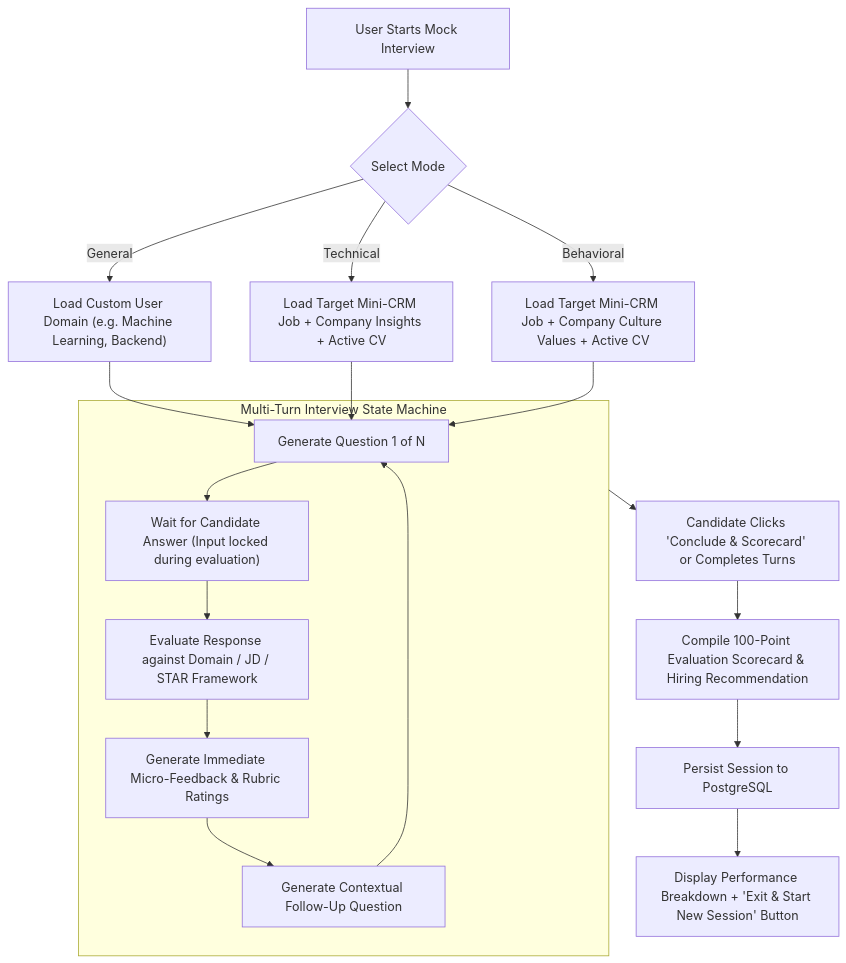
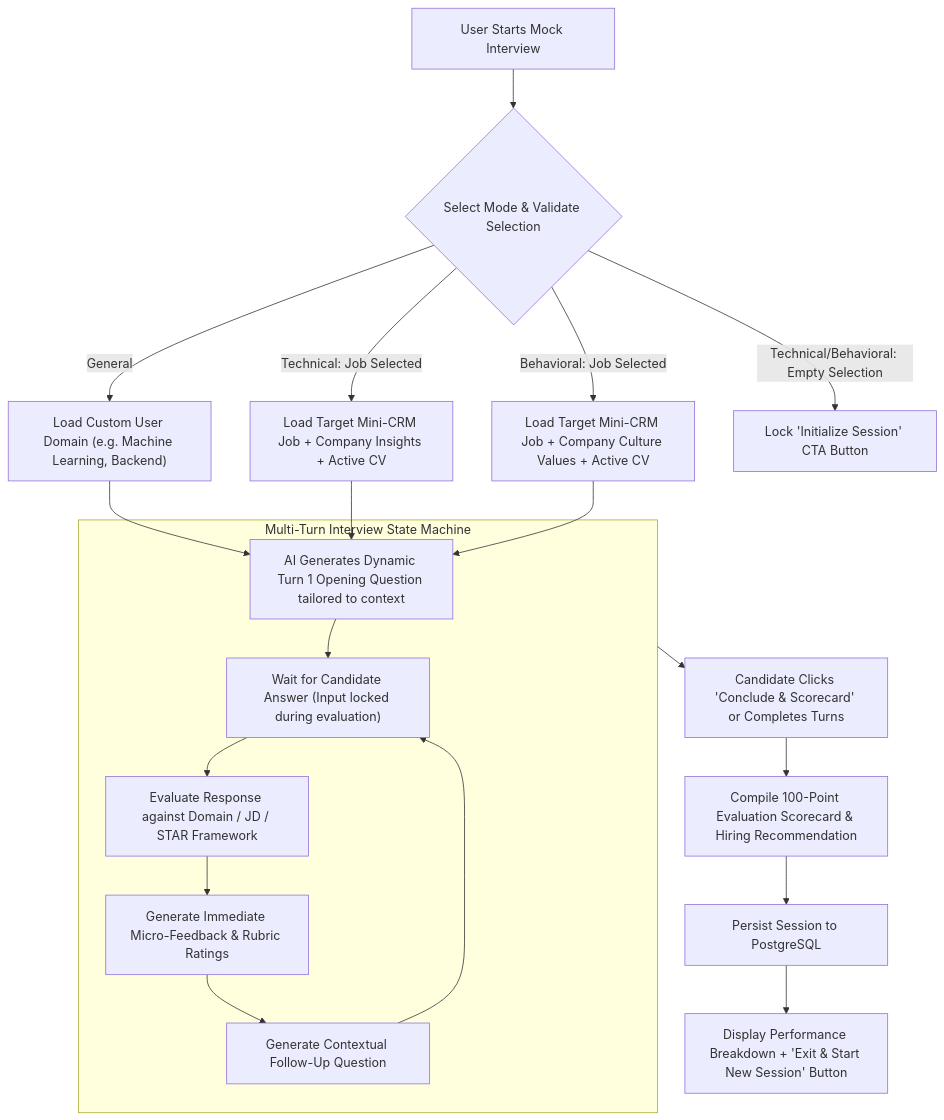
Before and after one commit to Mostafa710/career-copilot: the seventh of 8 diagrams in docs/architecture_flowcharts.md, drawn with Mermaid. The commit also changed other lines of this file and 4 other files, not shown here.

Commit message:
docs: update README, architecture flowcharts, schema, and implementation plan to reflect multi-key Groq, JSearch v2, and latest features

````diff
--- a/docs/architecture_flowcharts.md
+++ b/docs/architecture_flowcharts.md
@@ -203,23 +205,24 @@
 ```mermaid
 flowchart TD
-    Start["User Starts Mock Interview"] --> SelectMode{"Select Mode"}
+    Start["User Starts Mock Interview"] --> SelectMode{"Select Mode & Validate Selection"}
     
     SelectMode -->|General| InitGeneral["Load Custom User Domain (e.g. Machine Learning, Backend)"]
-    SelectMode -->|Technical| InitTech["Load Target Mini-CRM Job + Company Insights + Active CV"]
-    SelectMode -->|Behavioral| InitBehav["Load Target Mini-CRM Job + Company Culture Values + Active CV"]
+    SelectMode -->|Technical: Job Selected| InitTech["Load Target Mini-CRM Job + Company Insights + Active CV"]
+    SelectMode -->|Behavioral: Job Selected| InitBehav["Load Target Mini-CRM Job + Company Culture Values + Active CV"]
+    SelectMode -->|Technical/Behavioral: Empty Selection| LockButton["Lock 'Initialize Session' CTA Button"]
     
-    InitGeneral & InitTech & InitBehav --> QuestionLoop["Generate Question 1 of N"]
+    InitGeneral & InitTech & InitBehav --> DynamicQ1["AI Generates Dynamic Turn 1 Opening Question tailored to context"]
     
     subgraph InterviewLoop ["Multi-Turn Interview State Machine"]
-        QuestionLoop --> WaitAnswer["Wait for Candidate Answer (Input locked during evaluation)"]
+        DynamicQ1 --> WaitAnswer["Wait for Candidate Answer (Input locked during evaluation)"]
         WaitAnswer --> EvalResponse["Evaluate Response against Domain / JD / STAR Framework"]
         
         EvalResponse --> MicroFeedback["Generate Immediate Micro-Feedback & Rubric Ratings"]
-        MicroFeedback --> NextQ["Generate Contextual Follow-Up Question"] --> QuestionLoop
+        MicroFeedback --> NextQ["Generate Contextual Follow-Up Question"] --> WaitAnswer
     end
     
     InterviewLoop --> ConcludeAction["Candidate Clicks 'Conclude & Scorecard' or Completes Turns"]
     ConcludeAction --> FinalScorecard["Compile 100-Point Evaluation Scorecard & Hiring Recommendation"]
     FinalScorecard --> SaveSession["Persist Session to PostgreSQL"]
     SaveSession --> ExitCTA["Display Performance Breakdown + 'Exit & Start New Session' Button"]
 ```
````
